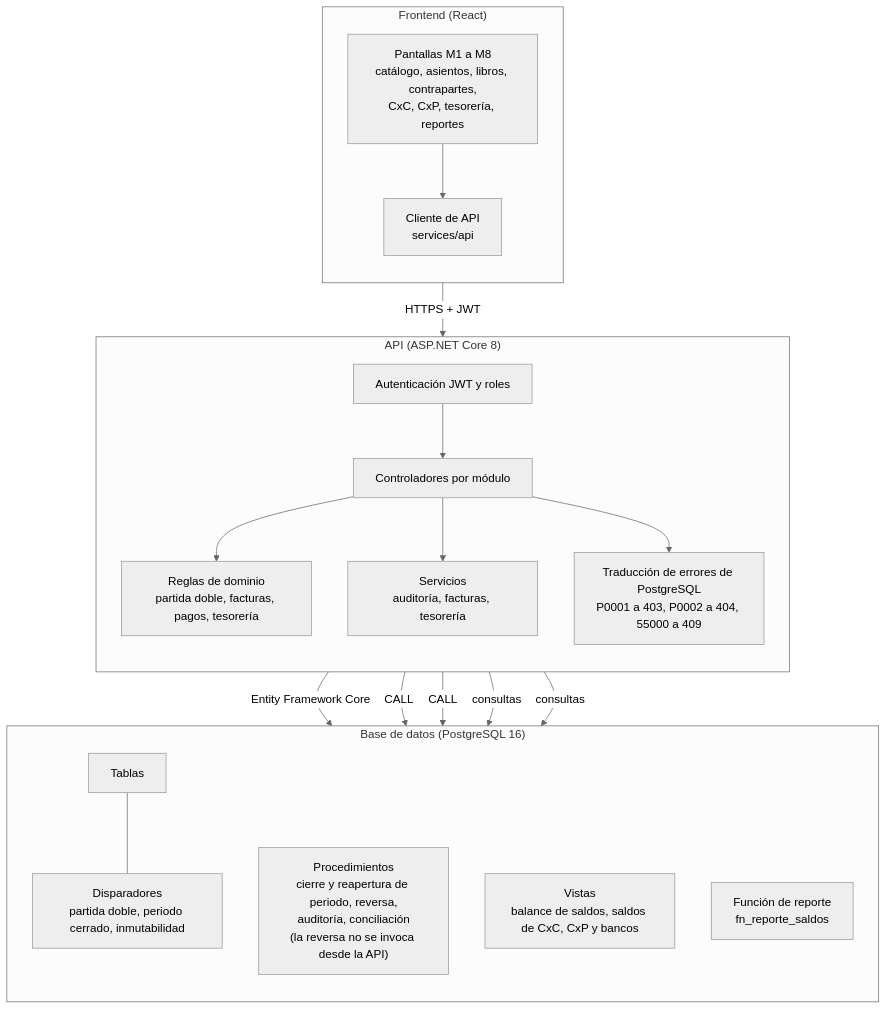
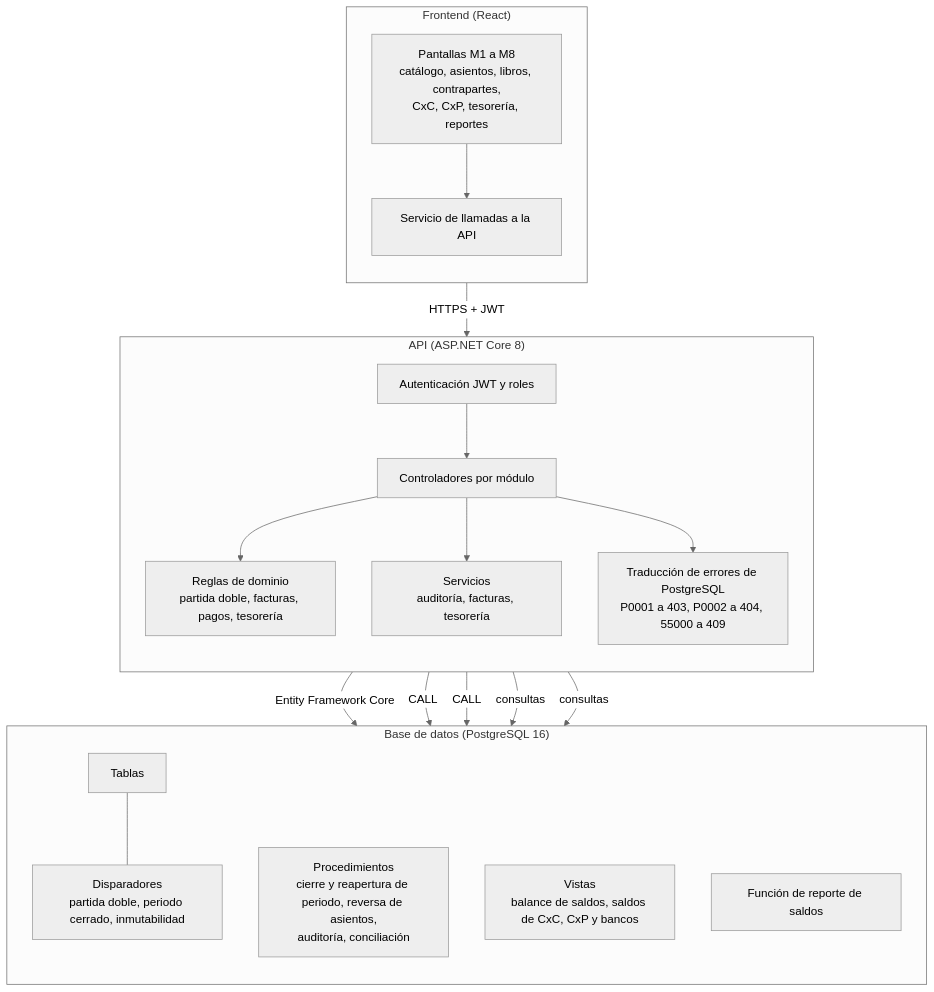
Before and after one commit to DavidsitoPay/erp-contable-delta: the second of 7 diagrams in docs/entregable-11-aplicacion-y-manual-de-usuario.md, drawn with Mermaid (neutral theme). The commit also changed other lines of this file, not shown here.

First line of the commit message:
docs: entregable 11 con la reversión de asientos y cifras al corte

````diff
--- a/docs/entregable-11-aplicacion-y-manual-de-usuario.md
+++ b/docs/entregable-11-aplicacion-y-manual-de-usuario.md
@@ -149,36 +149,36 @@
 ```mermaid
 flowchart TB
     subgraph FE["Frontend (React)"]
         direction TB
         PANT["Pantallas M1 a M8<br/>catálogo, asientos, libros, contrapartes,<br/>CxC, CxP, tesorería, reportes"]
-        CLI["Cliente de API<br/>services/api"]
+        CLI["Servicio de llamadas a la API"]
         PANT --> CLI
     end
     subgraph BE["API (ASP.NET Core 8)"]
         direction TB
         AUTH["Autenticación JWT y roles"]
         CTRL["Controladores por módulo"]
         DOM["Reglas de dominio<br/>partida doble, facturas, pagos, tesorería"]
         SRV["Servicios<br/>auditoría, facturas, tesorería"]
         ERR["Traducción de errores de PostgreSQL<br/>P0001 a 403, P0002 a 404, 55000 a 409"]
         AUTH --> CTRL
         CTRL --> DOM
         CTRL --> SRV
         CTRL --> ERR
     end
     subgraph BD["Base de datos (PostgreSQL 16)"]
         direction TB
         TAB["Tablas"]
         TRG["Disparadores<br/>partida doble, periodo cerrado, inmutabilidad"]
-        PRC["Procedimientos<br/>cierre y reapertura de periodo, reversa,<br/>auditoría, conciliación<br/>(la reversa no se invoca desde la API)"]
+        PRC["Procedimientos<br/>cierre y reapertura de periodo, reversa de asientos,<br/>auditoría, conciliación"]
         VST["Vistas<br/>balance de saldos, saldos de CxC, CxP y bancos"]
-        FUN["Función de reporte<br/>fn_reporte_saldos"]
+        FUN["Función de reporte de saldos"]
     end
     CLI -->|"HTTPS + JWT"| AUTH
     CTRL -->|"Entity Framework Core"| TAB
     CTRL -->|"CALL"| PRC
     SRV -->|"CALL"| PRC
     CTRL -->|"consultas"| VST
     CTRL -->|"consultas"| FUN
     TAB --- TRG
 ```
````
